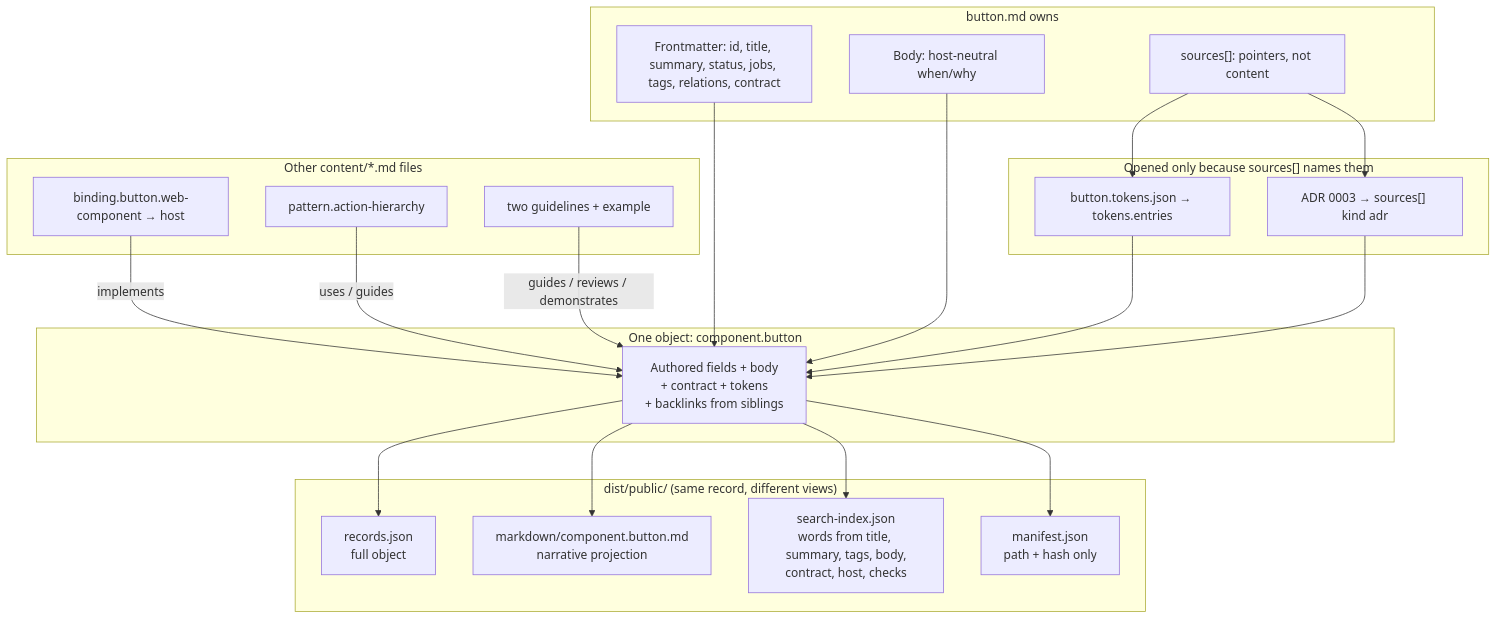
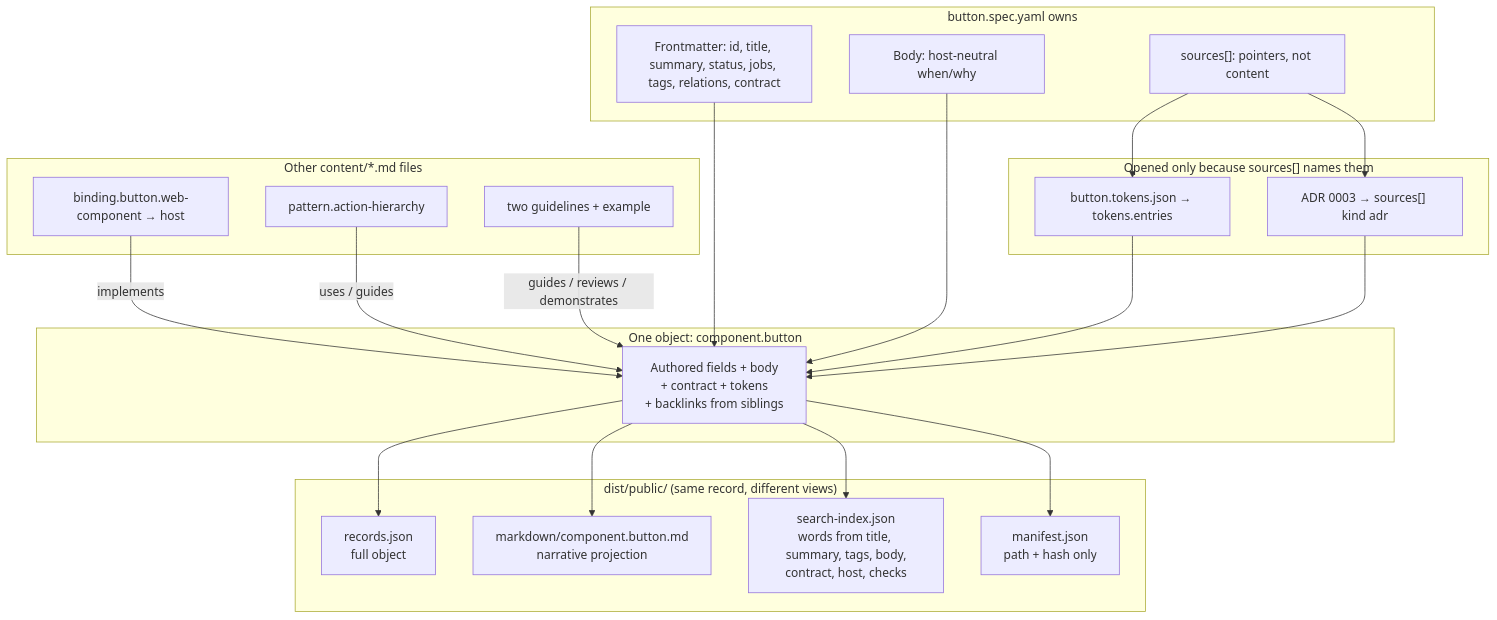
One commit to stevegreco/taproot changed the diagram in docs/knowledge/README.md. Above: the diagram before and after it, drawn with Mermaid. The commit also changed other lines of this file and 45 other files, not shown here.

First line of the commit message:
feat(knowledge): author Button and Badge as YAML component specs

````diff
--- a/docs/knowledge/README.md
+++ b/docs/knowledge/README.md
@@ -76,44 +79,44 @@
 ```mermaid
 flowchart TB
-  subgraph authored["button.md owns"]
+  subgraph authored["button.spec.yaml owns"]
     FM["Frontmatter: id, title, summary, status, jobs, tags, relations, contract"]
     BODY["Body: host-neutral when/why"]
     SRC["sources[]: pointers, not content"]
   end
 
   subgraph domain["Opened only because sources[] names them"]
     TOK["button.tokens.json → tokens.entries"]
     ADR["ADR 0003 → sources[] kind adr"]
   end
 
   subgraph siblings["Other content/*.md files"]
     BIND["binding.button.web-component → host"]
     PAT["pattern.action-hierarchy"]
     GL["two guidelines + example"]
   end
 
   subgraph record["One object: component.button"]
     R["Authored fields + body<br/>+ contract + tokens<br/>+ backlinks from siblings"]
   end
 
   subgraph dist["dist/public/  (same record, different views)"]
     JSON["records.json<br/>full object"]
     MD["markdown/component.button.md<br/>narrative projection"]
     IDX["search-index.json<br/>words from title, summary, tags, body,<br/>contract, host, checks"]
     MAN["manifest.json<br/>path + hash only"]
   end
 
   FM --> R
   BODY --> R
   SRC --> TOK
   SRC --> ADR
   BIND -->|"implements"| R
   TOK --> R
   ADR --> R
   PAT -->|"uses / guides"| R
   GL -->|"guides / reviews / demonstrates"| R
   R --> JSON
   R --> MD
   R --> IDX
   R --> MAN
 ```
````
